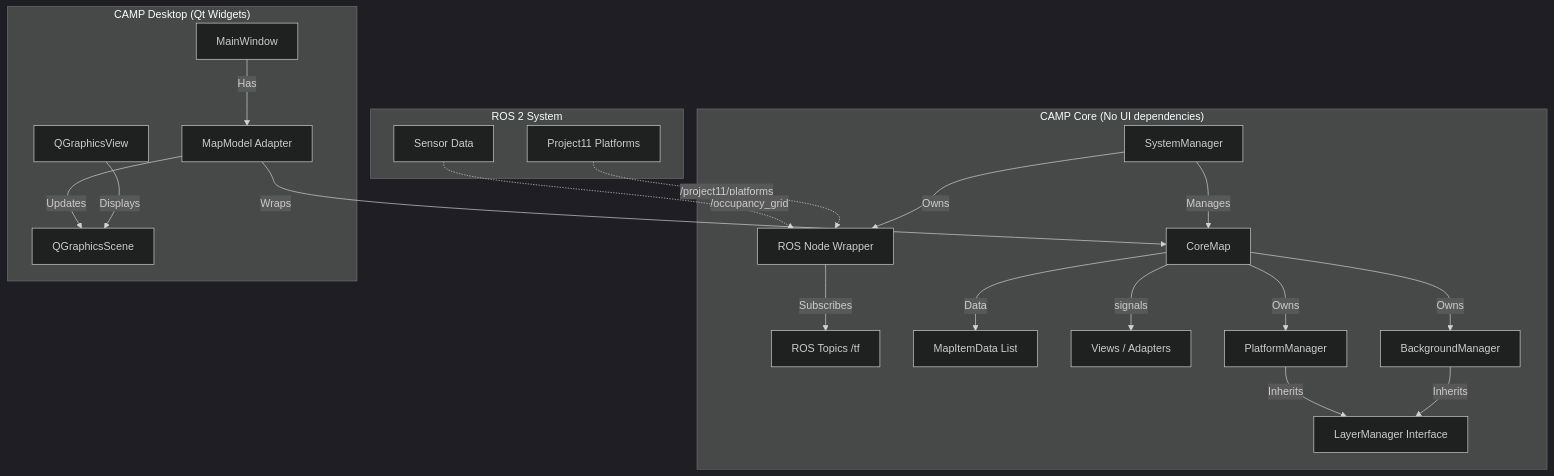
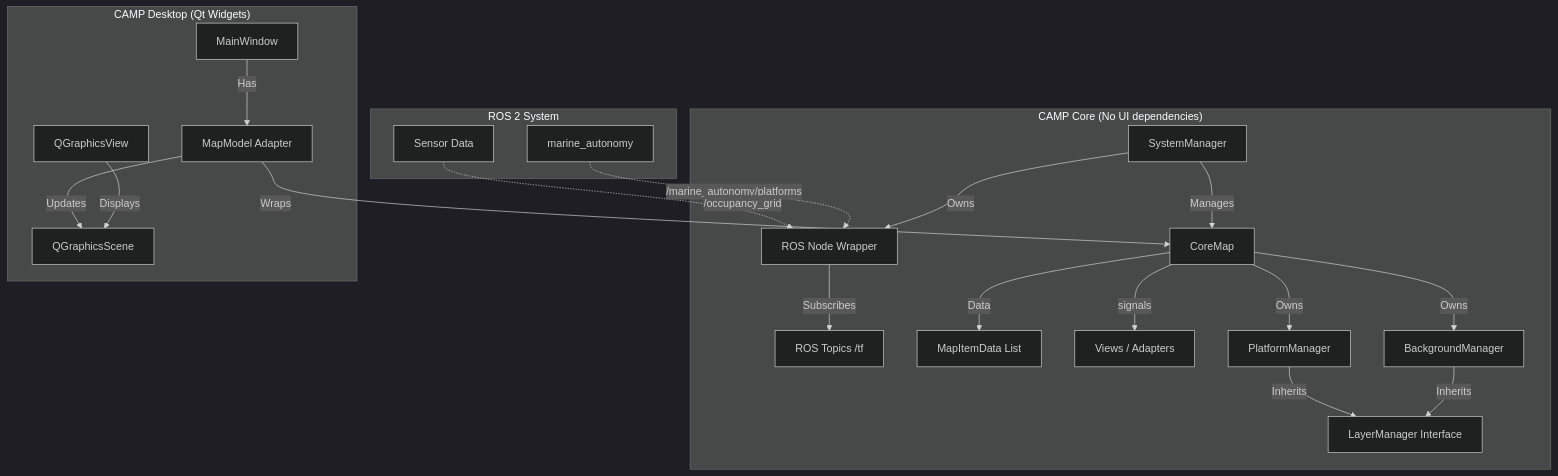
The diagram in docs/architecture_design.md (rolker/camp), drawn with Mermaid (dark theme) before and after one commit. The commit also changed 2 other files, not shown here.

Commit message:
fix: Address Copilot review comments (dependencies, duplicates, docs)

````diff
--- a/docs/architecture_design.md
+++ b/docs/architecture_design.md
@@ -9,31 +9,31 @@
 ```mermaid
 graph TD
     subgraph "CAMP Core (No UI dependencies)"
         SM[SystemManager] -->|Owns| RN[ROS Node Wrapper]
         RN -->|Subscribes| RT[ROS Topics /tf]
         
         CM[CoreMap] -->|Data| OL[MapItemData List]
         CM -->|signals| V[Views / Adapters]
         
         SM -->|Manages| CM
         
         BM[BackgroundManager] -->|Inherits| LM[LayerManager Interface]
         PM[PlatformManager] -->|Inherits| LM
         
         CM -->|Owns| BM
         CM -->|Owns| PM
     end
 
     subgraph "CAMP Desktop (Qt Widgets)"
         MW[MainWindow] -->|Has| MM[MapModel Adapter]
         MM -->|Wraps| CM
         
         GV[QGraphicsView] -->|Displays| GS[QGraphicsScene]
         MM -->|Updates| GS
     end
 
     subgraph "ROS 2 System"
-        P11[Project11 Platforms] -.->|/project11/platforms| RN
+        MA[marine_autonomy] -.->|/marine_autonomy/platforms| RN
         Sensors[Sensor Data] -.->|/occupancy_grid| RN
     end
 ```
````
